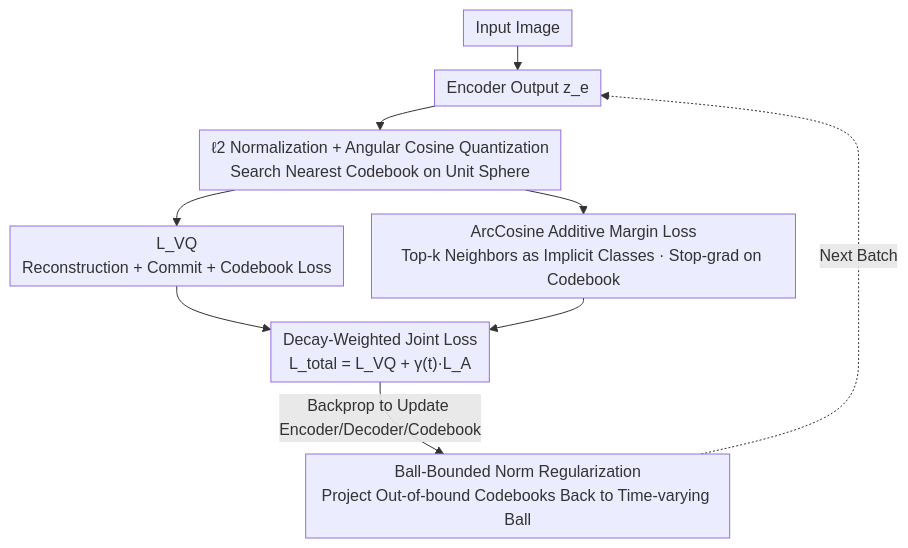
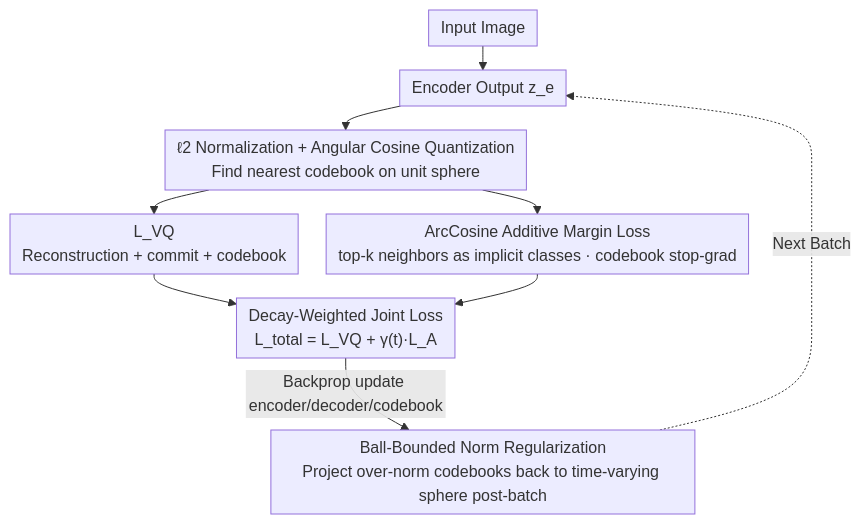
Before and after one commit to zhaoyang97/Paper-Notes-en: the diagram in docs/ICML2026/model_compression/arcvq-vae_a_spherical_vector_quantization_framework_with_arccosine_additive_marg.md, drawn with Mermaid. The commit also changed other lines of this file and 5084 other files, not shown here.

````diff
--- a/docs/ICML2026/model_compression/arcvq-vae_a_spherical_vector_quantization_framework_with_arccosine_additive_marg.md
+++ b/docs/ICML2026/model_compression/arcvq-vae_a_spherical_vector_quantization_framework_with_arccosine_additive_marg.md
@@ -41,12 +41,12 @@
 ```mermaid
 %%{init: {'flowchart': {'rankSpacing': 24, 'nodeSpacing': 28, 'padding': 6, 'wrappingWidth': 400}}}%%
 flowchart TD
     A["Input Image"] --> B["Encoder Output z_e"]
-    B --> C["ℓ2 Normalization + Angular Cosine Quantization<br/>Search Nearest Codebook on Unit Sphere"]
-    C --> D["L_VQ<br/>Reconstruction + Commit + Codebook Loss"]
-    C --> E["ArcCosine Additive Margin Loss<br/>Top-k Neighbors as Implicit Classes · Stop-grad on Codebook"]
+    B --> C["ℓ2 Normalization + Angular Cosine Quantization<br/>Find nearest codebook on unit sphere"]
+    C --> D["L_VQ<br/>Reconstruction + commit + codebook"]
+    C --> E["ArcCosine Additive Margin Loss<br/>top-k neighbors as implicit classes · codebook stop-grad"]
     D --> F["Decay-Weighted Joint Loss<br/>L_total = L_VQ + γ(t)·L_A"]
     E --> F
-    F -->|Backprop to Update Encoder/Decoder/Codebook| G["Ball-Bounded Norm Regularization<br/>Project Out-of-bound Codebooks Back to Time-varying Ball"]
+    F -->|Backprop update encoder/decoder/codebook| G["Ball-Bounded Norm Regularization<br/>Project over-norm codebooks back to time-varying sphere post-batch"]
     G -.->|Next Batch| B
 ```
````
